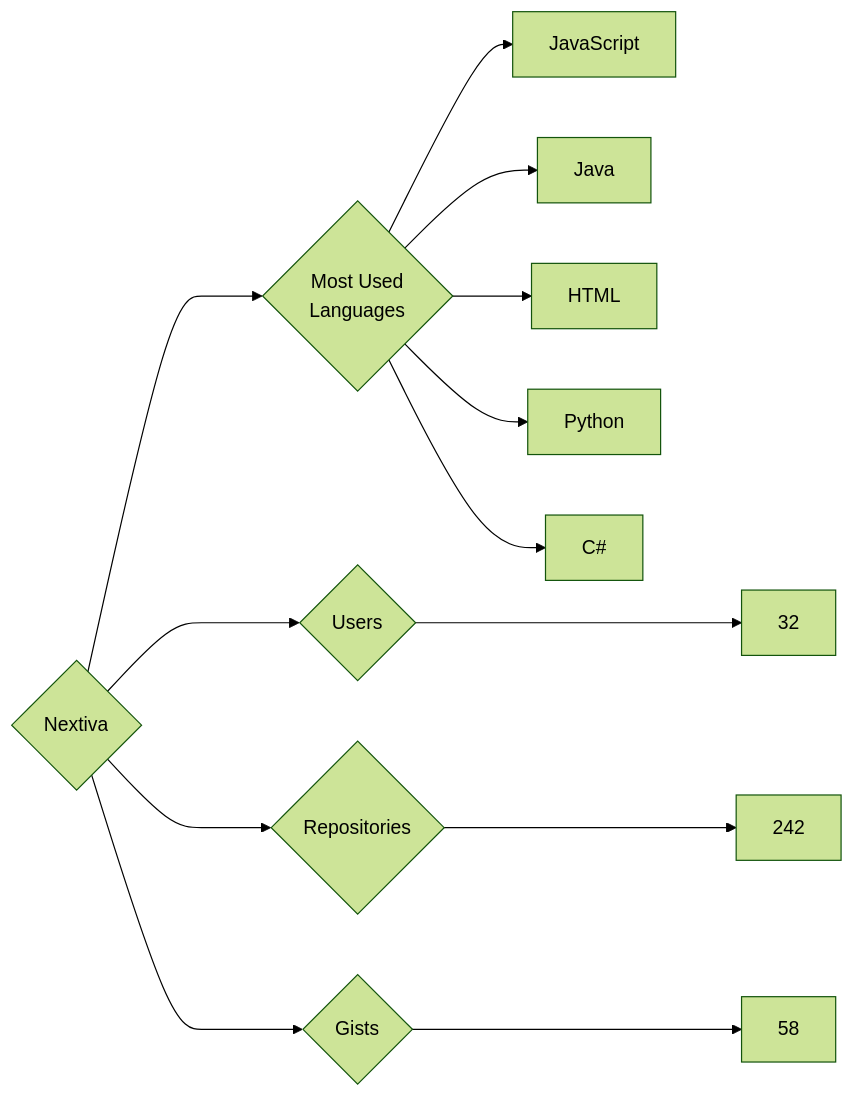
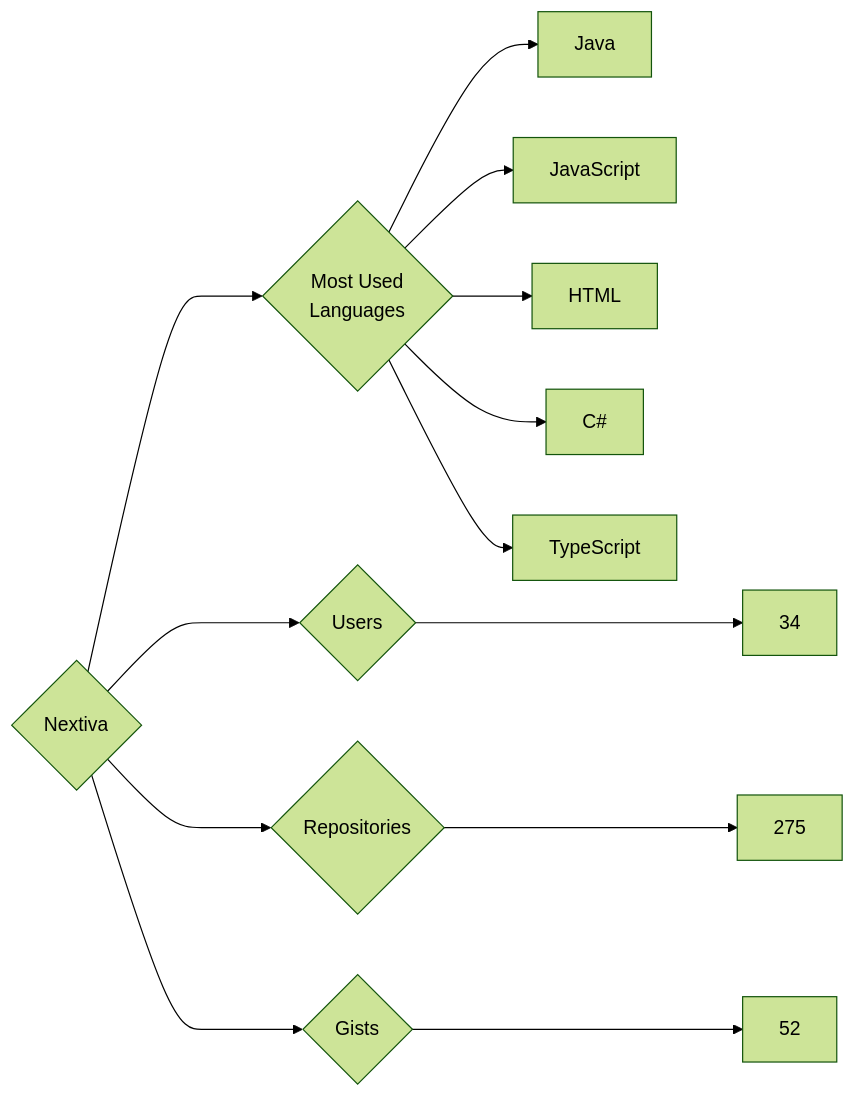
The diagram in targets/Nextiva/README.md (trickest/insiders), drawn with Mermaid (forest theme) before and after one commit. The commit also changed 912 other files, not shown here.

````diff
--- a/targets/Nextiva/README.md
+++ b/targets/Nextiva/README.md
@@ -3,13 +3,13 @@
 ```mermaid
 graph LR
 COMPANY_NAME{Nextiva}
-COMPANY_NAME ---> U{Users} ---> UN[32]
-COMPANY_NAME ---> R{Repositories} ---> RN[242]
-COMPANY_NAME ---> G{Gists} ---> GN[58]
+COMPANY_NAME ---> U{Users} ---> UN[34]
+COMPANY_NAME ---> R{Repositories} ---> RN[275]
+COMPANY_NAME ---> G{Gists} ---> GN[52]
 COMPANY_NAME ---> ML{Most Used<br>Languages}
+ML --> Java[Java]
 ML --> JavaScript[JavaScript]
-ML --> Java[Java]
 ML --> HTML[HTML]
-ML --> Python[Python]
 ML --> C#[C#]
+ML --> TypeScript[TypeScript]
 ```
````
